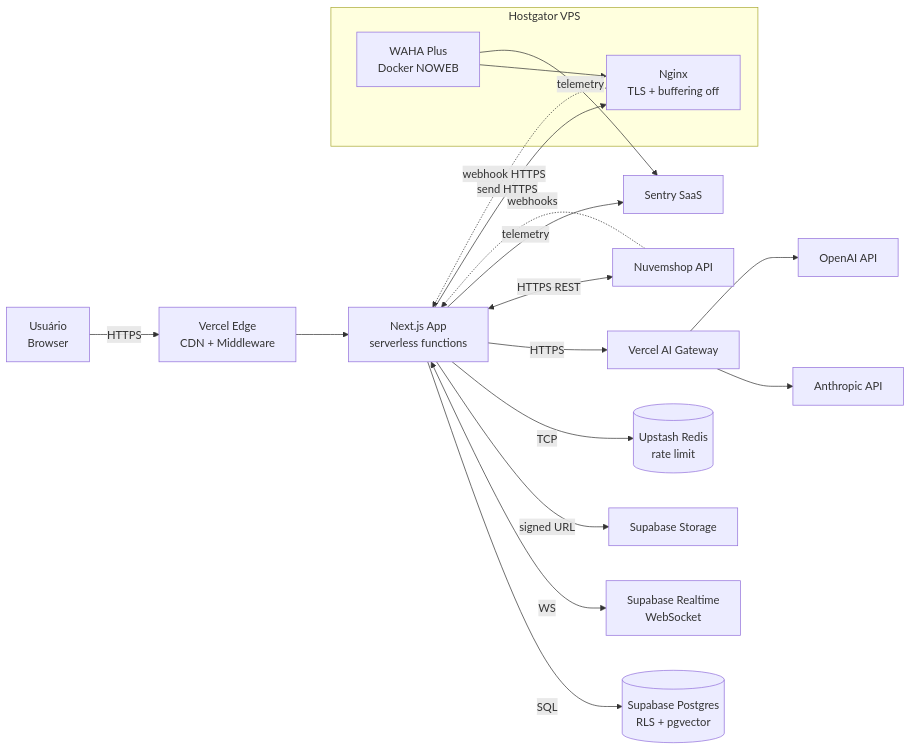
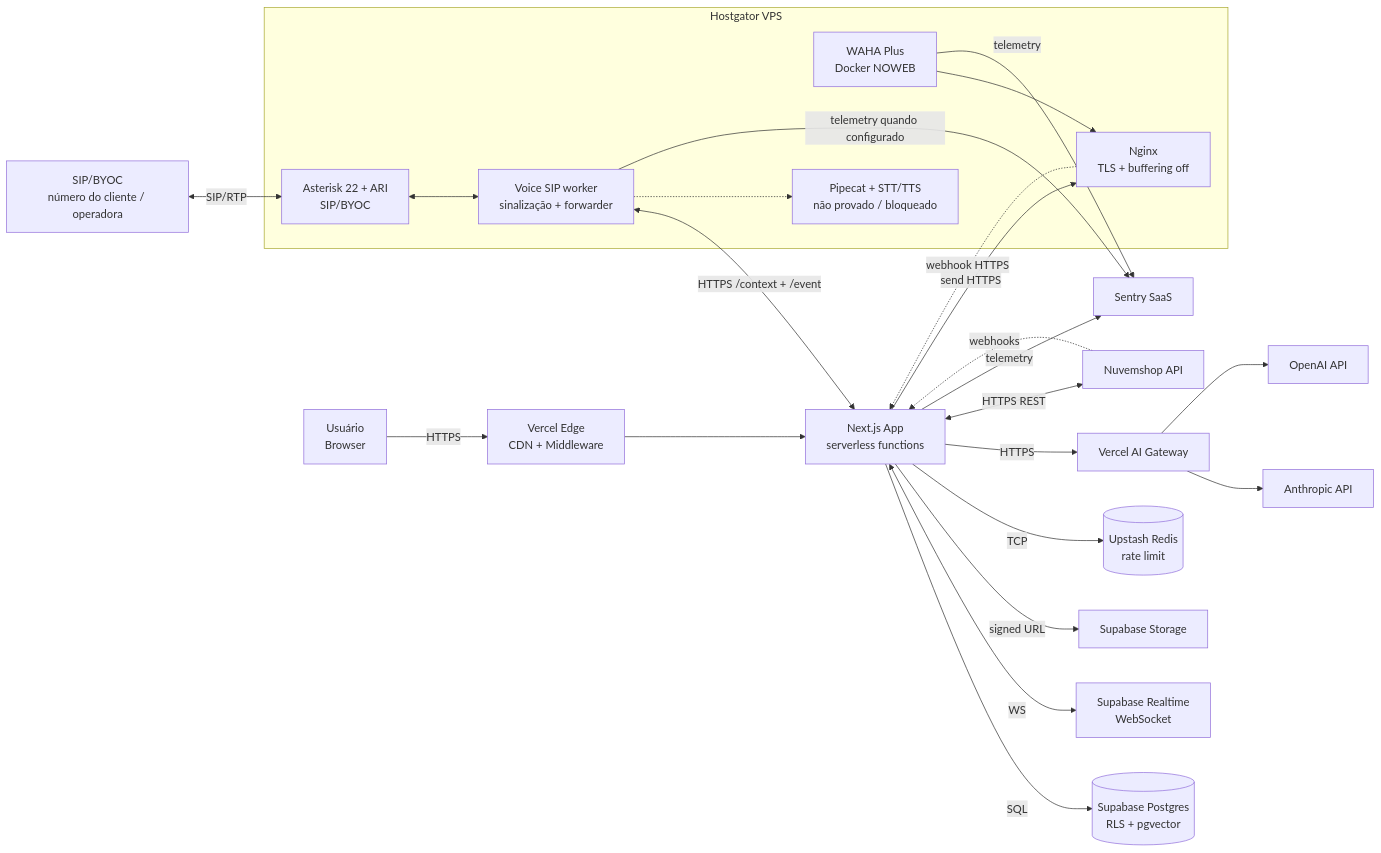
One commit to trydavidqix/Lumenva changed the tenth of 16 diagrams in docs/research/architecture-diagrams.md. Above: the diagram before and after it, drawn with Mermaid. The commit also changed other lines of this file and 17 other files, not shown here.

````diff
--- a/docs/research/architecture-diagrams.md
+++ b/docs/research/architecture-diagrams.md
@@ -615,43 +624,53 @@
 ```mermaid
 graph LR
     User[Usuário<br/>Browser]
     Edge[Vercel Edge<br/>CDN + Middleware]
     App[Next.js App<br/>serverless functions]
 
     PG[(Supabase Postgres<br/>RLS + pgvector)]
     RT[Supabase Realtime<br/>WebSocket]
     ST[Supabase Storage]
     Redis[(Upstash Redis<br/>rate limit)]
 
     AIGW[Vercel AI Gateway]
     Anthropic[Anthropic API]
     OpenAI[OpenAI API]
 
     NS[Nuvemshop API]
 
     subgraph Hostgator[Hostgator VPS]
         Nginx[Nginx<br/>TLS + buffering off]
         WAHA[WAHA Plus<br/>Docker NOWEB]
+        Asterisk[Asterisk 22 + ARI<br/>SIP/BYOC]
+        VoiceWorker[Voice SIP worker<br/>sinalização + forwarder]
+        VoiceAudio[Pipecat + STT/TTS<br/>não provado / bloqueado]:::future
     end
+
+    SIP[SIP/BYOC<br/>número do cliente / operadora]
 
     Sentry[Sentry SaaS]
 
     User -->|HTTPS| Edge
     Edge --> App
     App -->|SQL| PG
     App <-->|WS| RT
     App -->|signed URL| ST
     App -->|TCP| Redis
     App -->|HTTPS| AIGW
     AIGW --> Anthropic
     AIGW --> OpenAI
     App <-->|HTTPS REST| NS
     NS -.->|webhooks| App
 
     WAHA --> Nginx
     Nginx -.->|webhook HTTPS| App
     App -->|send HTTPS| Nginx
+    SIP <-->|SIP/RTP| Asterisk
+    Asterisk <--> VoiceWorker
+    VoiceWorker <-->|HTTPS /context + /event| App
+    VoiceWorker -.-> VoiceAudio
 
     App -->|telemetry| Sentry
     WAHA -->|telemetry| Sentry
+    VoiceWorker -->|telemetry quando configurado| Sentry
 ```
````
